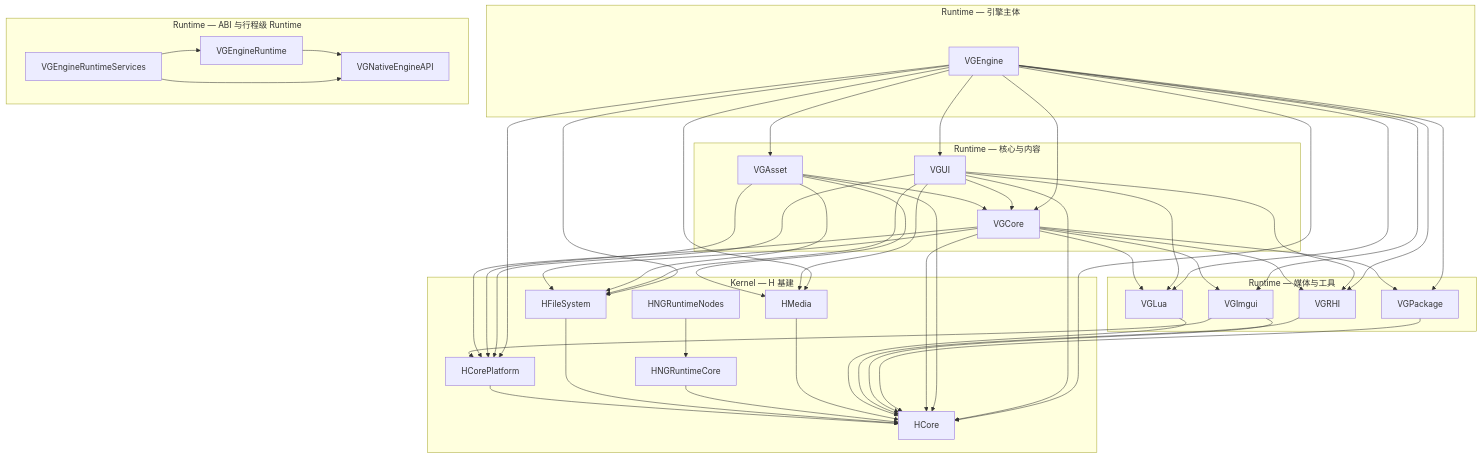
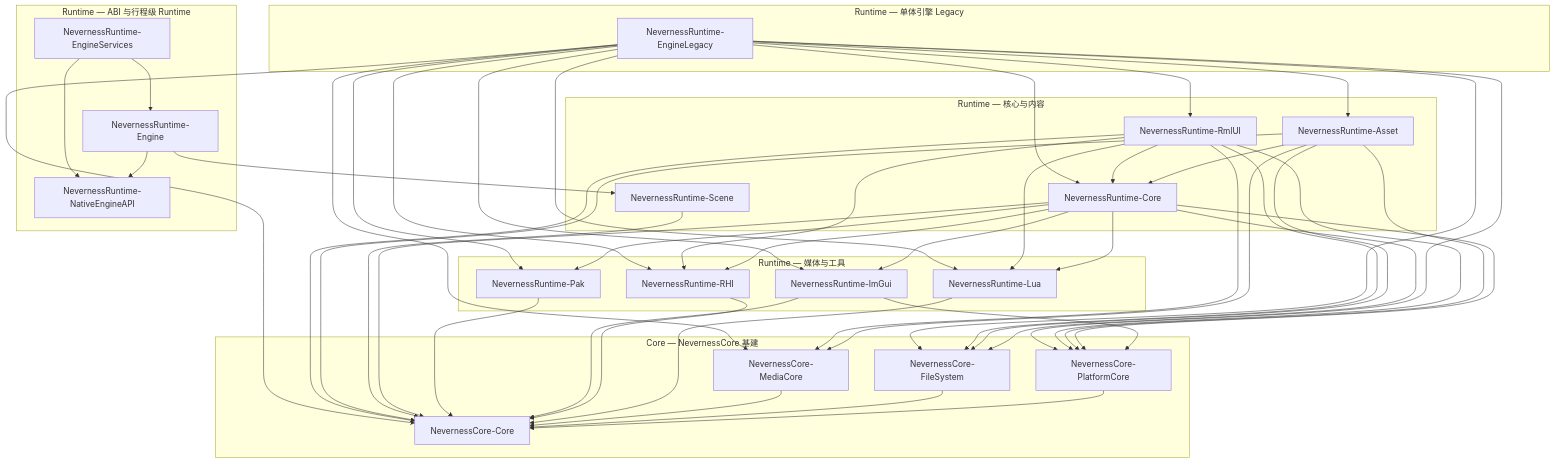
The diagram in Engine/Source/Runtime/RUNTIME_ARCHITECTURE_AND_PROGRESS.md (DarlingZeroX/Neverness), drawn with Mermaid before and after one commit. The commit also changed other lines of this file and 1732 other files, not shown here.

````diff
--- a/Engine/Source/Runtime/RUNTIME_ARCHITECTURE_AND_PROGRESS.md
+++ b/Engine/Source/Runtime/RUNTIME_ARCHITECTURE_AND_PROGRESS.md
@@ -21,73 +37,72 @@
 ```mermaid
 flowchart TB
-  subgraph kernel [Kernel — H 基建]
-    HCore[HCore]
-    HCorePlatform[HCorePlatform]
-    HFileSystem[HFileSystem]
-    HNGRuntimeCore[HNGRuntimeCore]
-    HNGRuntimeNodes[HNGRuntimeNodes]
-    HMedia[HMedia]
+  subgraph core [Core — NevernessCore 基建]
+    NNCore[NevernessCore-Core]
+    NNPlatform[NevernessCore-PlatformCore]
+    NNFileSystem[NevernessCore-FileSystem]
+    NNMedia[NevernessCore-MediaCore]
   end
   subgraph mediaTool [Runtime — 媒体与工具]
-    VGLua[VGLua]
-    VGRHI[VGRHI]
-    VGPackage[VGPackage]
-    VGImgui[VGImgui]
+    NNLua[NevernessRuntime-Lua]
+    NNRHI[NevernessRuntime-RHI]
+    NNPak[NevernessRuntime-Pak]
+    NNImGui[NevernessRuntime-ImGui]
   end
   subgraph coreUi [Runtime — 核心与内容]
-    VGCore[VGCore]
-    VGAsset[VGAsset]
-    VGUI[VGUI]
+    NNRuntimeCore[NevernessRuntime-Core]
+    NNScene[NevernessRuntime-Scene]
+    NNAsset[NevernessRuntime-Asset]
+    NNRmlUI[NevernessRuntime-RmlUI]
   end
-  subgraph engineTop [Runtime — 引擎主体]
-    VGEngine[VGEngine]
+  subgraph engineLegacy [Runtime — 单体引擎 Legacy]
+    NNEngineLegacy[NevernessRuntime-EngineLegacy]
   end
   subgraph abiRuntime [Runtime — ABI 与行程级 Runtime]
-    VGNativeEngineAPI[VGNativeEngineAPI]
-    VGEngineRuntime[VGEngineRuntime]
-    VGEngineRuntimeServices[VGEngineRuntimeServices]
+    NNNativeAPI[NevernessRuntime-NativeEngineAPI]
+    NNEngine[NevernessRuntime-Engine]
+    NNEngineSvc[NevernessRuntime-EngineServices]
   end
-  HCorePlatform --> HCore
-  HFileSystem --> HCore
-  HNGRuntimeCore --> HCore
-  HNGRuntimeNodes --> HNGRuntimeCore
-  HMedia --> HCore
-  VGLua --> HCore
-  VGRHI --> HCore
-  VGImgui --> HCore
-  VGImgui --> HCorePlatform
-  VGPackage --> HCore
-  VGCore --> VGLua
-  VGCore --> HCore
-  VGCore --> HCorePlatform
-  VGCore --> HFileSystem
-  VGCore --> VGImgui
-  VGCore --> VGRHI
-  VGCore --> VGPackage
-  VGAsset --> HCore
-  VGAsset --> HCorePlatform
-  VGAsset --> HFileSystem
-  VGAsset --> VGCore
-  VGAsset --> HMedia
-  VGUI --> HCore
-  VGUI --> HCorePlatform
-  VGUI --> HFileSystem
-  VGUI --> VGLua
-  VGUI --> VGCore
-  VGUI --> HMedia
-  VGUI --> VGRHI
-  VGEngine --> HCore
-  VGEngine --> HCorePlatform
-  VGEngine --> HFileSystem
-  VGEngine --> HMedia
-  VGEngine --> VGLua
-  VGEngine --> VGRHI
-  VGEngine --> VGPackage
-  VGEngine --> VGImgui
-  VGEngine --> VGCore
-  VGEngine --> VGAsset
-  VGEngine --> VGUI
-  VGEngineRuntime --> VGNativeEngineAPI
-  VGEngineRuntimeServices --> VGNativeEngineAPI
-  VGEngineRuntimeServices --> VGEngineRuntime
+  NNPlatform --> NNCore
+  NNFileSystem --> NNCore
+  NNMedia --> NNCore
+  NNLua --> NNCore
+  NNRHI --> NNCore
+  NNImGui --> NNCore
+  NNImGui --> NNPlatform
+  NNPak --> NNCore
+  NNRuntimeCore --> NNLua
+  NNRuntimeCore --> NNCore
+  NNRuntimeCore --> NNPlatform
+  NNRuntimeCore --> NNFileSystem
+  NNRuntimeCore --> NNImGui
+  NNRuntimeCore --> NNRHI
+  NNRuntimeCore --> NNPak
+  NNScene --> NNCore
+  NNAsset --> NNCore
+  NNAsset --> NNPlatform
+  NNAsset --> NNFileSystem
+  NNAsset --> NNRuntimeCore
+  NNAsset --> NNMedia
+  NNRmlUI --> NNCore
+  NNRmlUI --> NNPlatform
+  NNRmlUI --> NNFileSystem
+  NNRmlUI --> NNLua
+  NNRmlUI --> NNRuntimeCore
+  NNRmlUI --> NNMedia
+  NNRmlUI --> NNRHI
+  NNEngineLegacy --> NNCore
+  NNEngineLegacy --> NNPlatform
+  NNEngineLegacy --> NNFileSystem
+  NNEngineLegacy --> NNMedia
+  NNEngineLegacy --> NNLua
+  NNEngineLegacy --> NNRHI
+  NNEngineLegacy --> NNPak
+  NNEngineLegacy --> NNImGui
+  NNEngineLegacy --> NNRuntimeCore
+  NNEngineLegacy --> NNAsset
+  NNEngineLegacy --> NNRmlUI
+  NNEngine --> NNNativeAPI
+  NNEngine --> NNScene
+  NNEngineSvc --> NNNativeAPI
+  NNEngineSvc --> NNEngine
 ```
````
